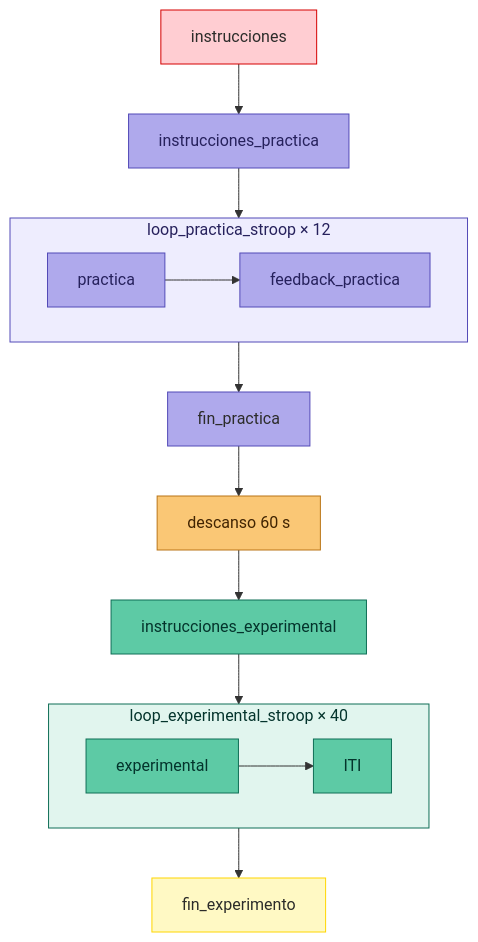
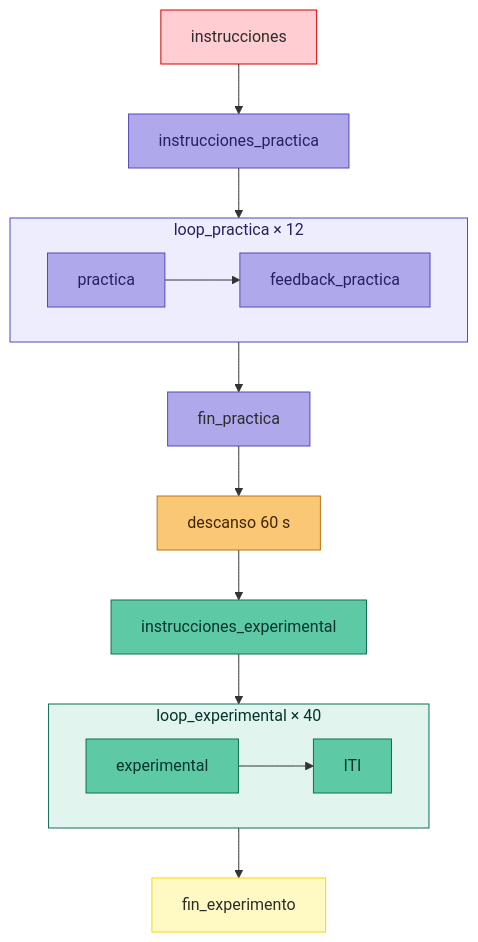
The diagram in readme.md (mlandaf/taller_2_atencion), drawn with Mermaid before and after one commit.

Commit message:
cambios diagrama

````diff
--- a/readme.md
+++ b/readme.md
@@ -74,33 +74,33 @@
 ```mermaid
 flowchart TB
- subgraph LP["loop_practica_stroop × 12"]
+ subgraph LP["loop_practica × 12"]
         FP["feedback_practica"]
         P["practica"]
   end
- subgraph LE["loop_experimental_stroop × 40"]
+ subgraph LE["loop_experimental × 40"]
         ITI["ITI"]
         EX["experimental"]
   end
     A["instrucciones"] --> B["instrucciones_practica"]
     B --> LP
     P --> FP
     LP --> C["fin_practica"]
     C --> D["descanso 60 s"]
     D --> E["instrucciones_experimental"]
     E --> LE
     EX --> ITI
     LE --> F["fin_experimento"]
 
     style FP fill:#AFA9EC,stroke:#534AB7,color:#26215C
     style P  fill:#AFA9EC,stroke:#534AB7,color:#26215C
     style ITI fill:#5DCAA5,stroke:#0F6E56,color:#04342C
     style EX fill:#5DCAA5,stroke:#0F6E56,color:#04342C
     style A  fill:#D3D1C7,stroke:#D50000,color:#2C2C2A,fill:#FFCDD2
     style B  fill:#AFA9EC,stroke:#534AB7,color:#26215C
     style LP fill:#EEEDFE,stroke:#534AB7,color:#26215C
     style C  fill:#D3D1C7,stroke:#534AB7,color:#2C2C2A,fill:#AFA9EC
     style D  fill:#FAC775,stroke:#BA7517,color:#412402
     style E  fill:#5DCAA5,stroke:#0F6E56,color:#04342C
     style LE fill:#E1F5EE,stroke:#0F6E56,color:#04342C
     style F  fill:#D3D1C7,stroke:#FFD600,color:#2C2C2A,fill:#FFF9C4
 ```
````
